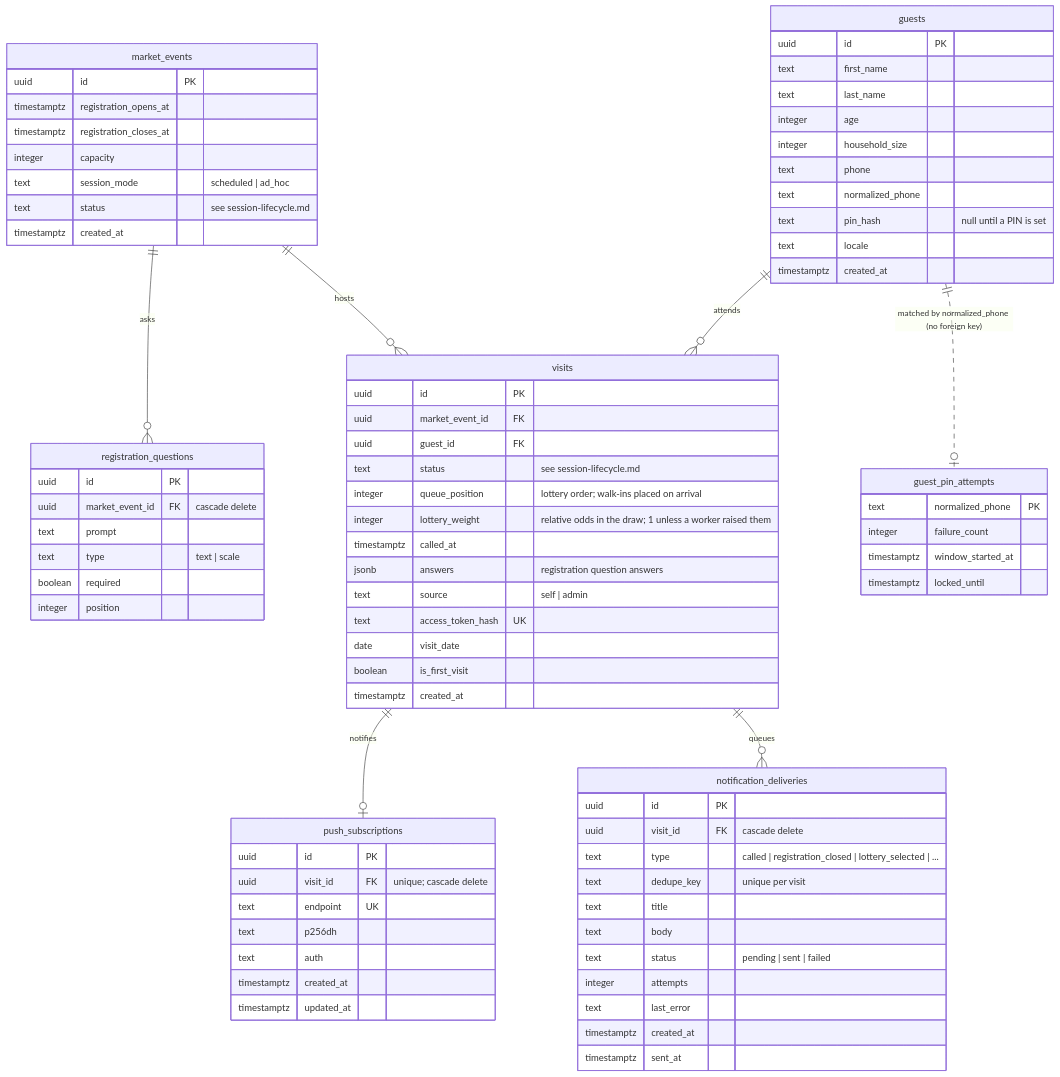
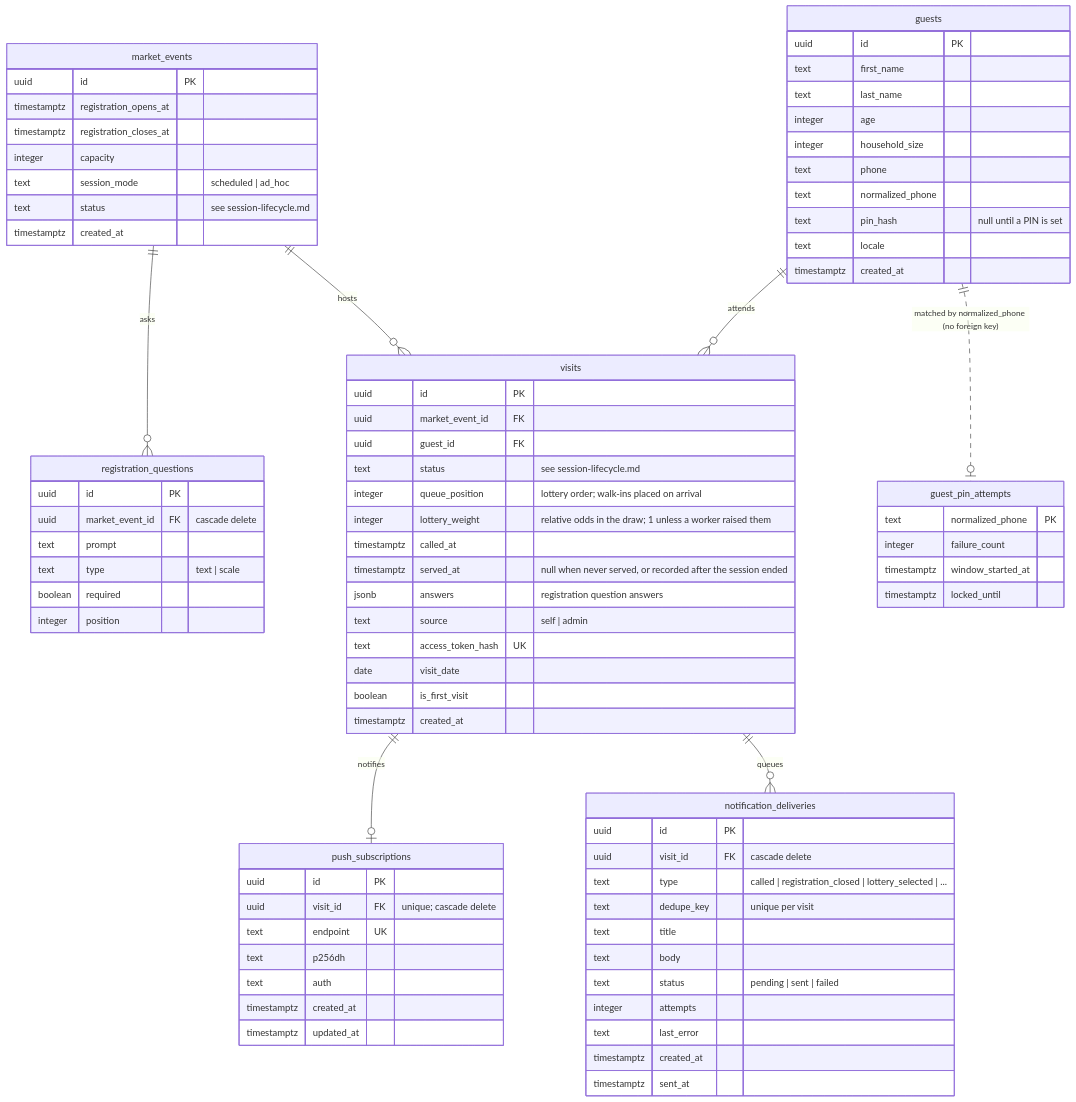
The diagram in docs/data-model.md (bay-compassion/food-market-app), drawn with Mermaid before and after one commit. The commit also changed other lines of this file and 5 other files, not shown here.

First line of the commit message:
feat: record when a guest was served (#28)

```diff
--- a/docs/data-model.md
+++ b/docs/data-model.md
@@ -62,6 +62,7 @@
         integer queue_position "lottery order; walk-ins placed on arrival"
         integer lottery_weight "relative odds in the draw; 1 unless a worker raised them"
         timestamptz called_at
+        timestamptz served_at "null when never served, or recorded after the session ended"
         jsonb answers "registration question answers"
         text source "self | admin"
         text access_token_hash UK
```
